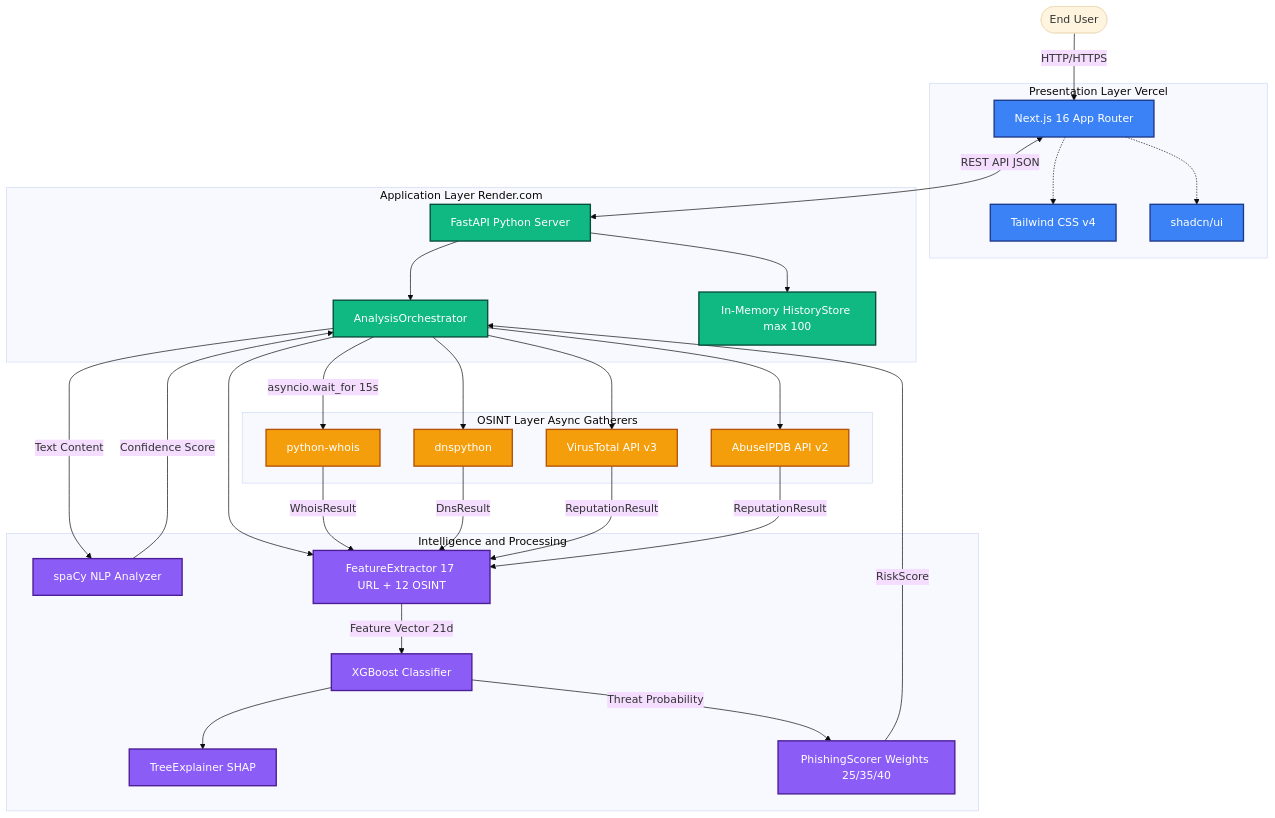
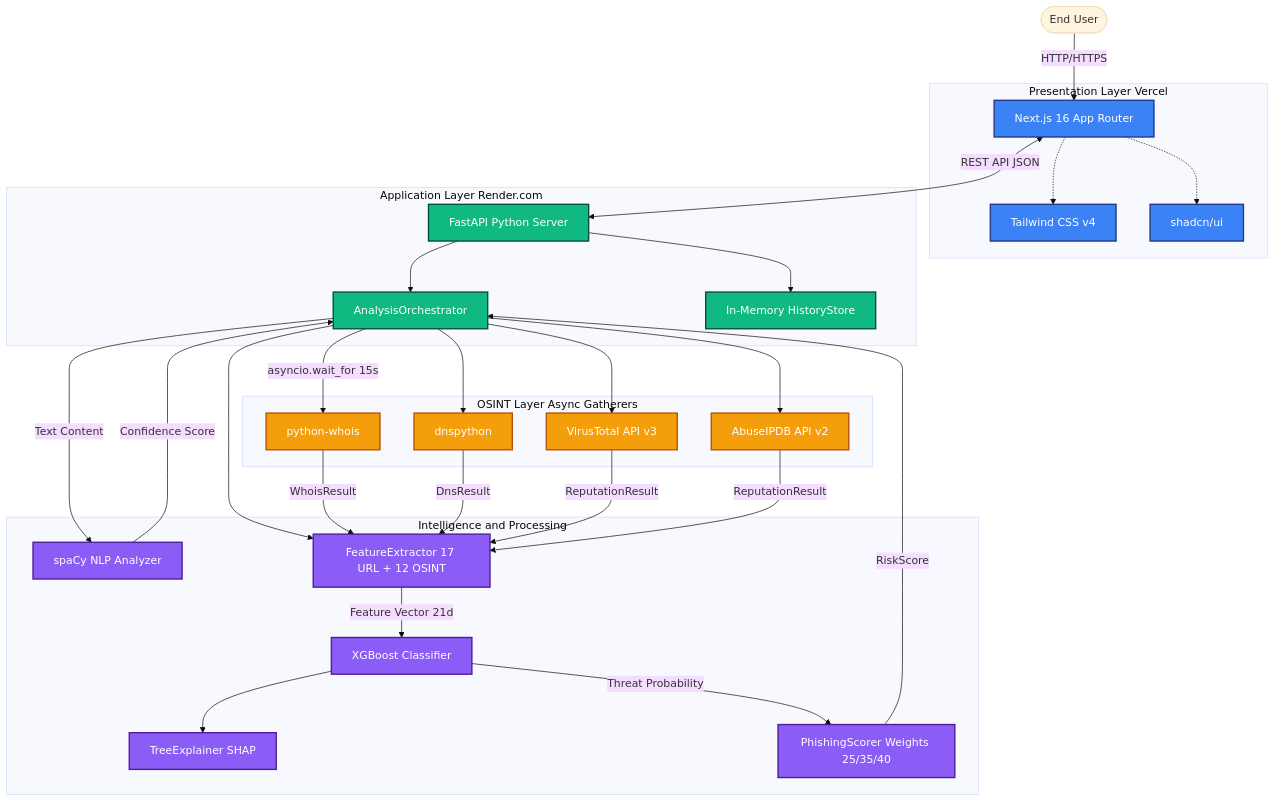
One commit to ELTE-DSED/phishing-detection-osint changed the diagram in docs/diagrams/mermaid/system-architecture.mmd. Above: the diagram before and after it, drawn with Mermaid (base theme). The commit also changed 7 other files, not shown here.

```diff
--- a/docs/diagrams/mermaid/system-architecture.mmd
+++ b/docs/diagrams/mermaid/system-architecture.mmd
@@ -1,57 +1,57 @@
 graph TD
 classDef frontend fill:#3b82f6,stroke:#1e3a8a,stroke-width:2px,color:#fff;
 classDef backend fill:#10b981,stroke:#064e3b,stroke-width:2px,color:#fff;
 classDef ml fill:#8b5cf6,stroke:#4c1d95,stroke-width:2px,color:#fff;
 classDef external fill:#f59e0b,stroke:#b45309,stroke-width:2px,color:#fff;
 
 subgraph "Presentation Layer Vercel"
 NextJS[Next.js 16 App Router]:::frontend
 Tailwind[Tailwind CSS v4]:::frontend
 Shadcn[shadcn/ui]:::frontend
 NextJS -.-> Tailwind
 NextJS -.-> Shadcn
 end
 
 subgraph "Application Layer Render.com"
 FastAPI[FastAPI Python Server]:::backend
 Orchestrator[AnalysisOrchestrator]:::backend
-History[In-Memory HistoryStore max 100]:::backend
+History[In-Memory HistoryStore]:::backend
 
 FastAPI --> Orchestrator
 FastAPI --> History
 end
 
 subgraph "Intelligence and Processing"
 NLP[spaCy NLP Analyzer]:::ml
 FeatExtract[FeatureExtractor 17 URL + 12 OSINT]:::ml
 ML_Model[XGBoost Classifier]:::ml
 SHAP[TreeExplainer SHAP]:::ml
 Scorer[PhishingScorer Weights 25/35/40]:::ml
 
 Orchestrator --> FeatExtract
 FeatExtract -->|Feature Vector 21d| ML_Model
 Orchestrator -->|Text Content| NLP
 ML_Model -->|Threat Probability| Scorer
 ML_Model --> SHAP
 NLP -->|Confidence Score| Orchestrator
 end
 
 subgraph "OSINT Layer Async Gatherers"
 WHOIS[python-whois]:::external
 DNS[dnspython]:::external
 VT[VirusTotal API v3]:::external
 AbuseIPDB[AbuseIPDB API v2]:::external
 
 Orchestrator -->|asyncio.wait_for 15s| WHOIS
 Orchestrator --> DNS
 Orchestrator --> VT
 Orchestrator --> AbuseIPDB
 WHOIS -->|WhoisResult| FeatExtract
 DNS -->|DnsResult| FeatExtract
 VT -->|ReputationResult| FeatExtract
 AbuseIPDB -->|ReputationResult| FeatExtract
 end
 
 User([End User]) -->|HTTP/HTTPS| NextJS
 NextJS <-->|REST API JSON| FastAPI
 Scorer -->|RiskScore| Orchestrator
```
